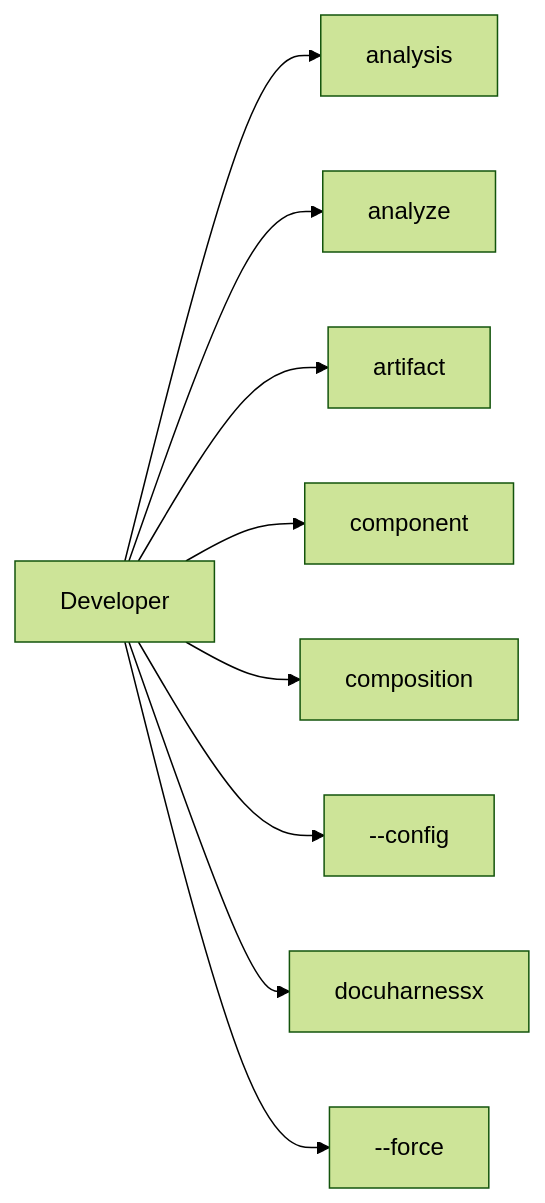
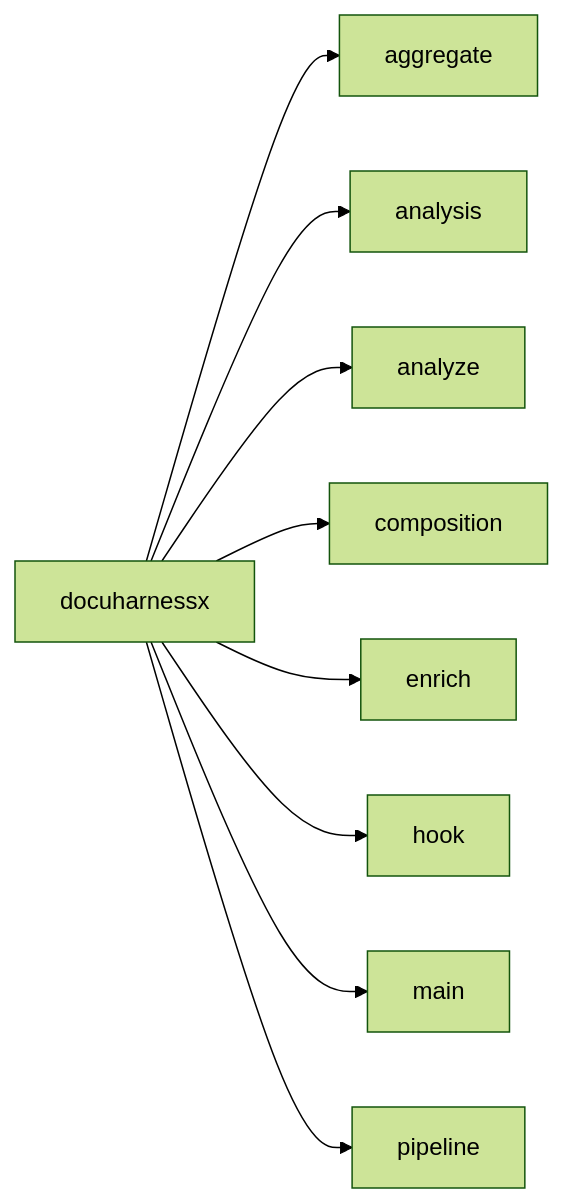
One commit to norandom/DocuHarnessX changed the tenth of 30 diagrams in docs/glossary.md. Above: the diagram before and after it, drawn with Mermaid (forest theme). The commit also changed other lines of this file and 7 other files, not shown here.

````diff
--- a/docs/glossary.md
+++ b/docs/glossary.md
@@ -456,20 +349,20 @@
 ```mermaid
 flowchart LR
-  here["Developer"]
-  r0["analysis"]
+  here["docuharnessx"]
+  r0["aggregate"]
   here --> r0
-  r1["analyze"]
+  r1["analysis"]
   here --> r1
-  r2["artifact"]
+  r2["analyze"]
   here --> r2
-  r3["component"]
+  r3["composition"]
   here --> r3
-  r4["composition"]
+  r4["enrich"]
   here --> r4
-  r5["--config"]
+  r5["hook"]
   here --> r5
-  r6["docuharnessx"]
+  r6["main"]
   here --> r6
-  r7["--force"]
+  r7["pipeline"]
   here --> r7
 ```
````
